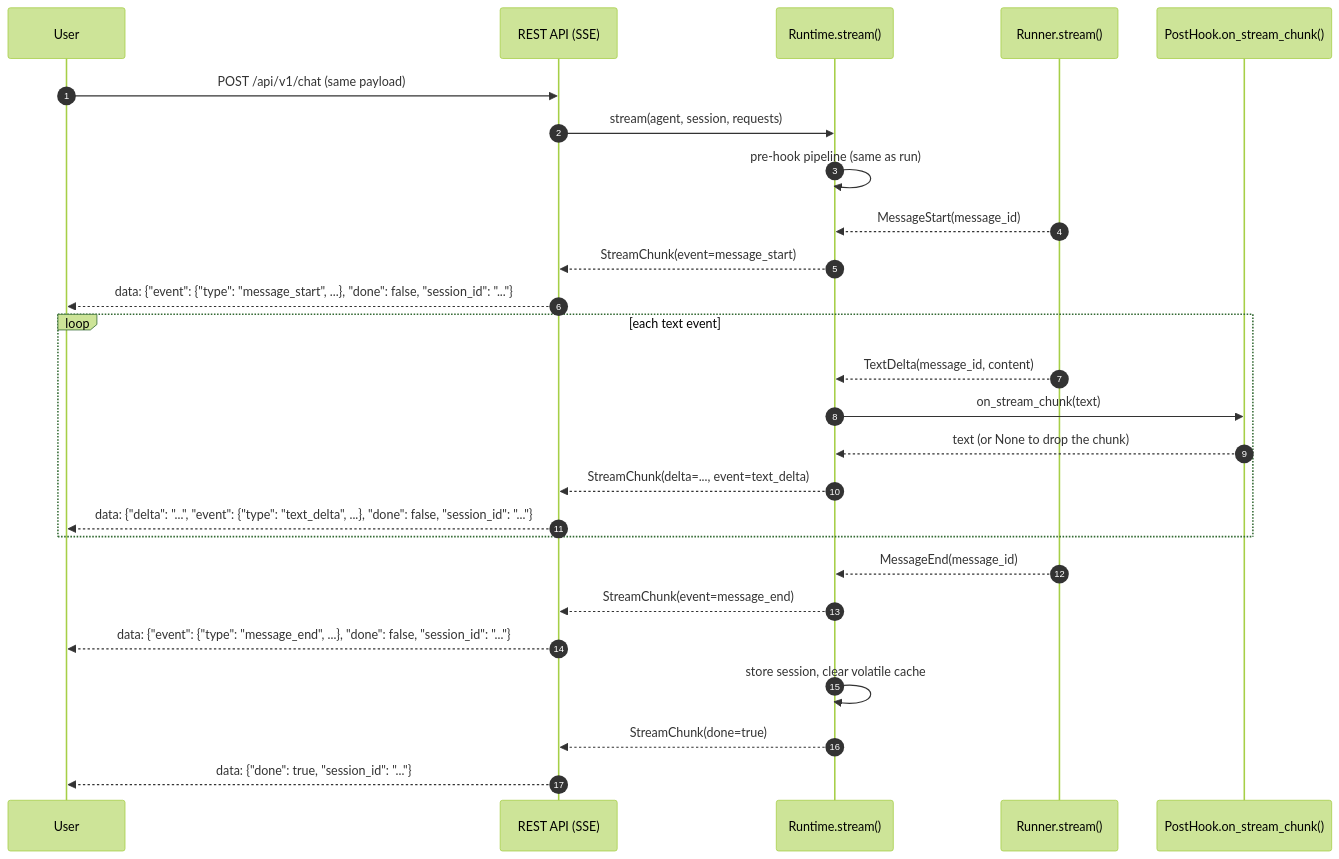
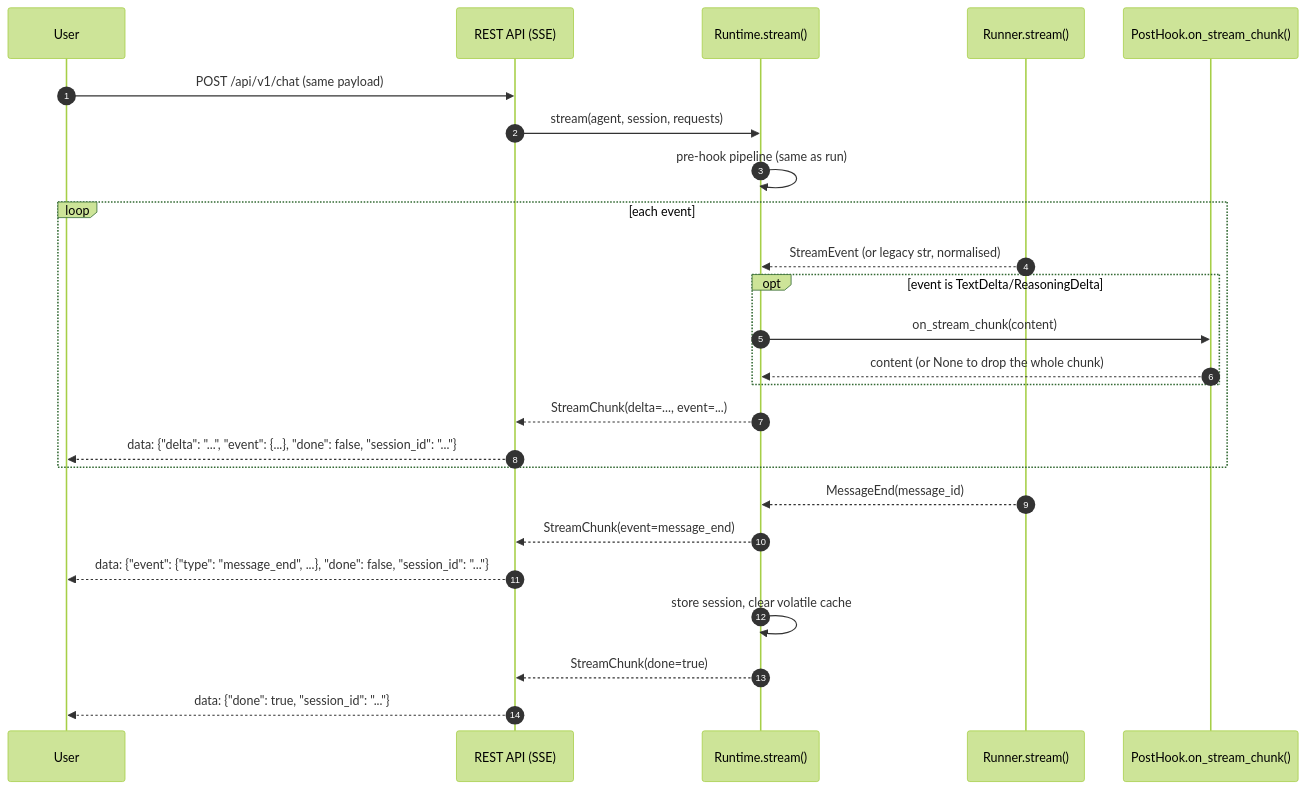
The third of 8 diagrams in docs/docs/architecture/execution-flow.md (yaalalabs/agent-kernel), drawn with Mermaid (forest theme) before and after one commit. The commit also changed other lines of this file and 8 other files, not shown here.

````diff
--- a/docs/docs/architecture/execution-flow.md
+++ b/docs/docs/architecture/execution-flow.md
@@ -167,29 +167,28 @@
 ```mermaid
 sequenceDiagram
     autonumber
     participant User
     participant API as REST API (SSE)
     participant RT as Runtime.stream()
     participant Run as Runner.stream()
     participant Post as PostHook.on_stream_chunk()
 
     User->>API: POST /api/v1/chat (same payload)
     API->>RT: stream(agent, session, requests)
     RT->>RT: pre-hook pipeline (same as run)
-    Run-->>RT: MessageStart(message_id)
-    RT-->>API: StreamChunk(event=message_start)
-    API-->>User: data: {"event": {"type": "message_start", ...}, "done": false, "session_id": "..."}
-    loop each text event
-        Run-->>RT: TextDelta(message_id, content)
-        RT->>Post: on_stream_chunk(text)
-        Post-->>RT: text (or None to drop the chunk)
-        RT-->>API: StreamChunk(delta=..., event=text_delta)
-        API-->>User: data: {"delta": "...", "event": {"type": "text_delta", ...}, "done": false, "session_id": "..."}
+    loop each event
+        Run-->>RT: StreamEvent (or legacy str, normalised)
+        opt event is TextDelta/ReasoningDelta
+            RT->>Post: on_stream_chunk(content)
+            Post-->>RT: content (or None to drop the whole chunk)
+        end
+        RT-->>API: StreamChunk(delta=..., event=...)
+        API-->>User: data: {"delta": "...", "event": {...}, "done": false, "session_id": "..."}
     end
     Run-->>RT: MessageEnd(message_id)
     RT-->>API: StreamChunk(event=message_end)
     API-->>User: data: {"event": {"type": "message_end", ...}, "done": false, "session_id": "..."}
     RT->>RT: store session, clear volatile cache
     RT-->>API: StreamChunk(done=true)
     API-->>User: data: {"done": true, "session_id": "..."}
 ```
````
